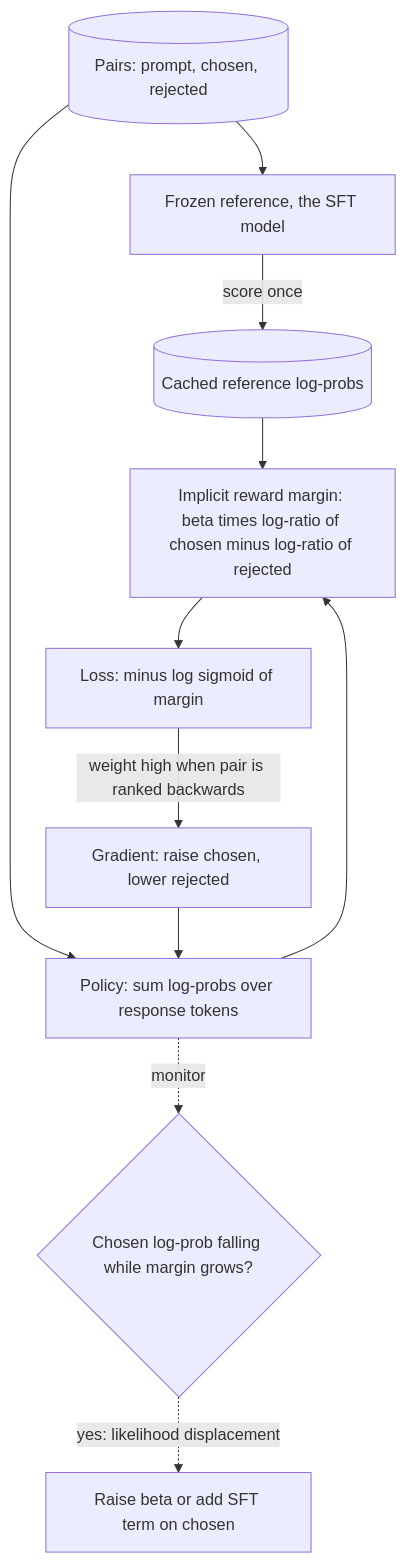
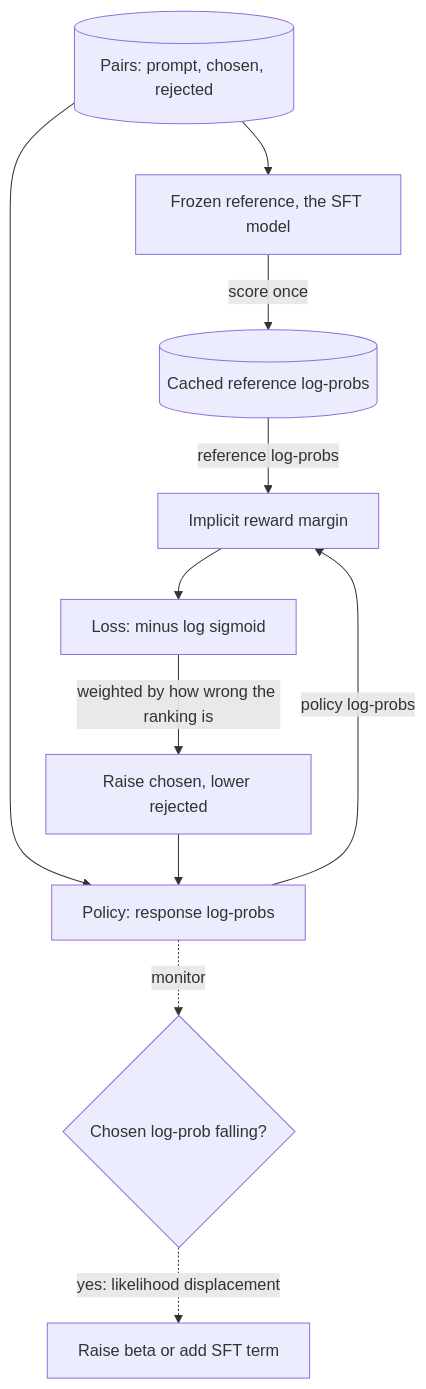
One commit to lovishmahajan97/agentic-learning changed the diagram in content/training-adaptation/dpo.md. Above: the diagram before and after it, drawn with Mermaid. The commit also changed other lines of this file and 278 other files, not shown here.

````diff
--- a/content/training-adaptation/dpo.md
+++ b/content/training-adaptation/dpo.md
@@ -118,13 +118,13 @@
 ```mermaid
 flowchart TD
     D[("Pairs: prompt, chosen, rejected")] --> REF["Frozen reference, the SFT model"]
     REF -->|"score once"| C[("Cached reference log-probs")]
-    D --> POL["Policy: sum log-probs over response tokens"]
-    POL --> M["Implicit reward margin: beta times log-ratio of chosen minus log-ratio of rejected"]
-    C --> M
-    M --> L["Loss: minus log sigmoid of margin"]
-    L -->|"weight high when pair is ranked backwards"| G["Gradient: raise chosen, lower rejected"]
+    D --> POL["Policy: response log-probs"]
+    POL -->|"policy log-probs"| M["Implicit reward margin"]
+    C -->|"reference log-probs"| M
+    M --> L["Loss: minus log sigmoid"]
+    L -->|"weighted by how wrong the ranking is"| G["Raise chosen, lower rejected"]
     G --> POL
-    POL -.->|"monitor"| W{"Chosen log-prob falling while margin grows?"}
-    W -.->|"yes: likelihood displacement"| FX["Raise beta or add SFT term on chosen"]
+    POL -.->|"monitor"| W{"Chosen log-prob falling?"}
+    W -.->|"yes: likelihood displacement"| FX["Raise beta or add SFT term"]
 ```
````
